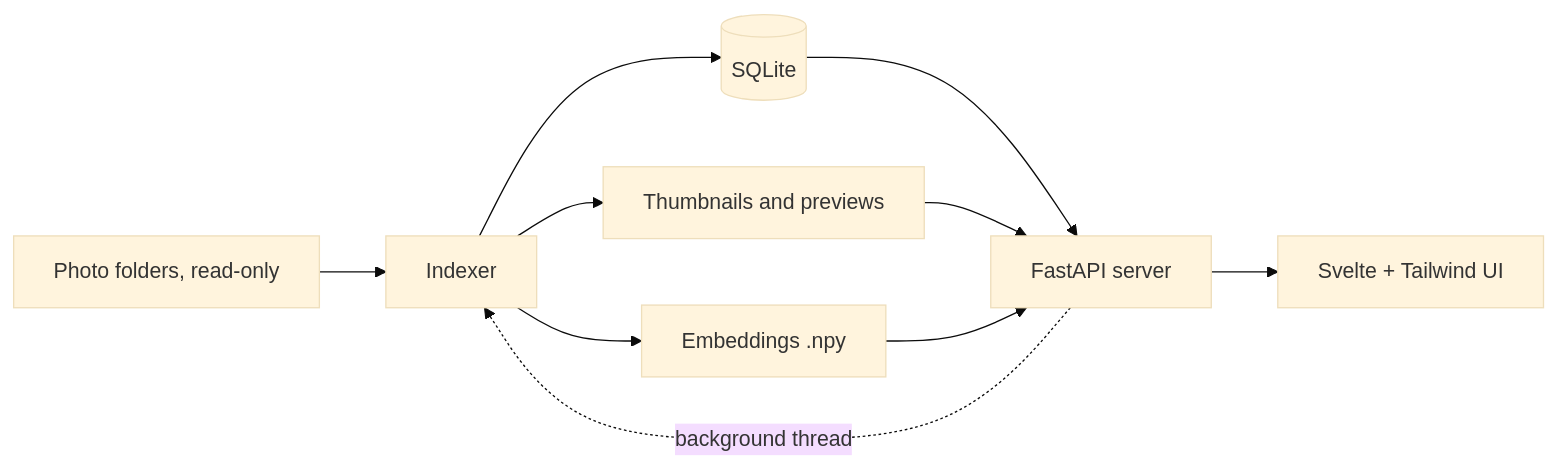
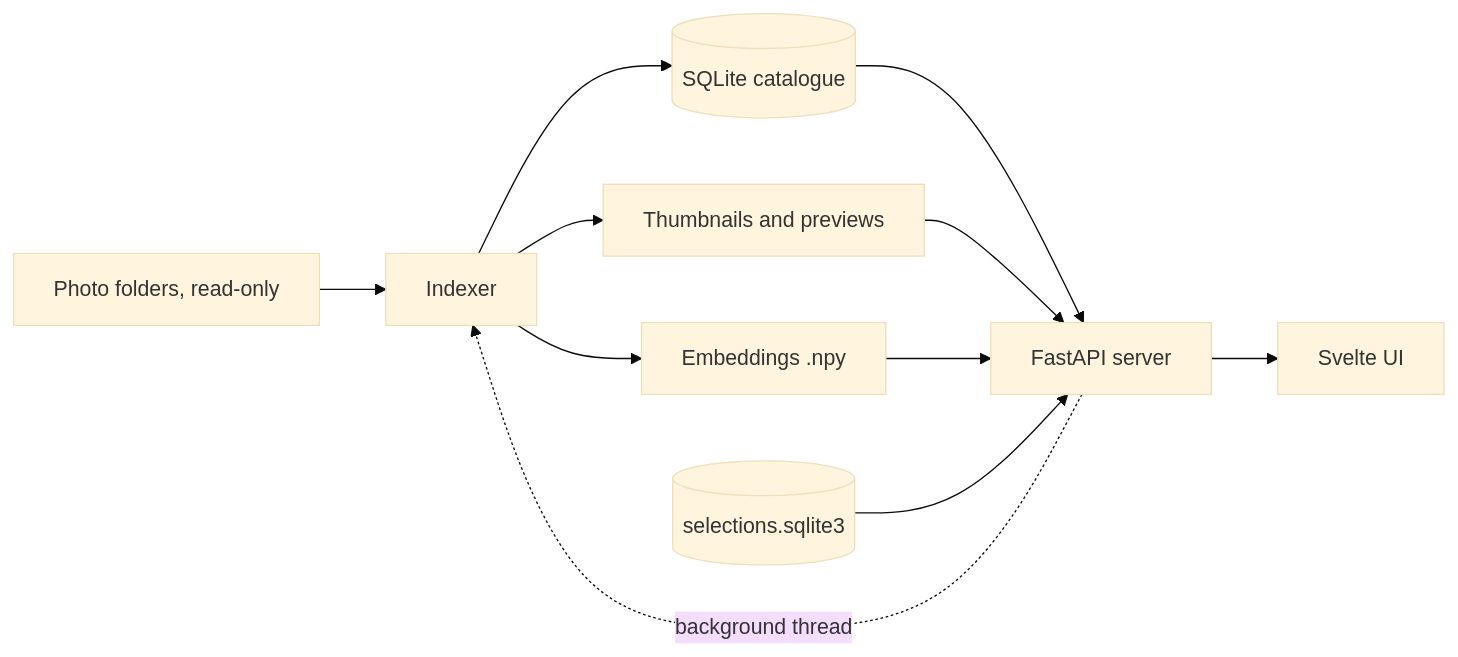
One commit to 4-en/riffle changed the diagram in development_plan.md. Above: the diagram before and after it, drawn with Mermaid (base theme). The commit also changed other lines of this file and 1 other file, not shown here.

````diff
--- a/development_plan.md
+++ b/development_plan.md
@@ -62,12 +27,13 @@
 ```mermaid
 flowchart LR
     A[Photo folders, read-only] --> B[Indexer]
-    B --> C[(SQLite)]
+    B --> C[(SQLite catalogue)]
     B --> D[Thumbnails and previews]
     B --> E[Embeddings .npy]
     C --> F[FastAPI server]
     D --> F
     E --> F
-    F --> G[Svelte + Tailwind UI]
+    S[(selections.sqlite3)] --> F
+    F --> G[Svelte UI]
     F -. background thread .-> B
 ```
````
